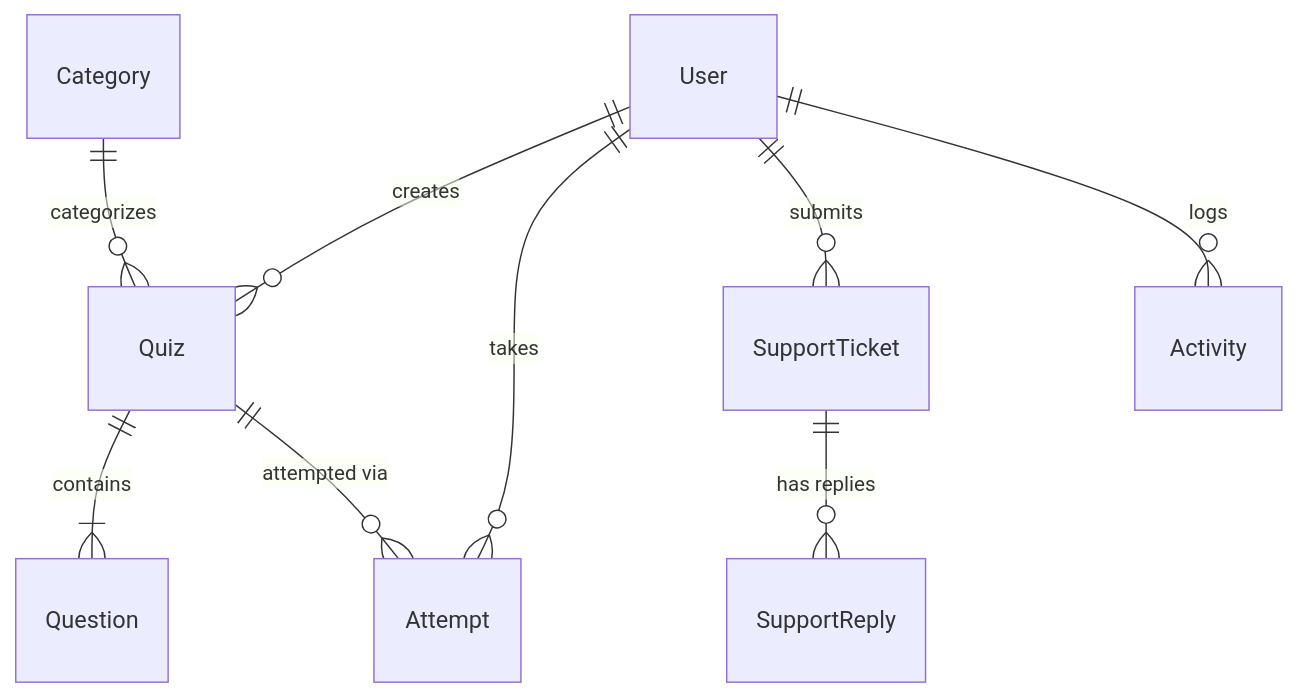
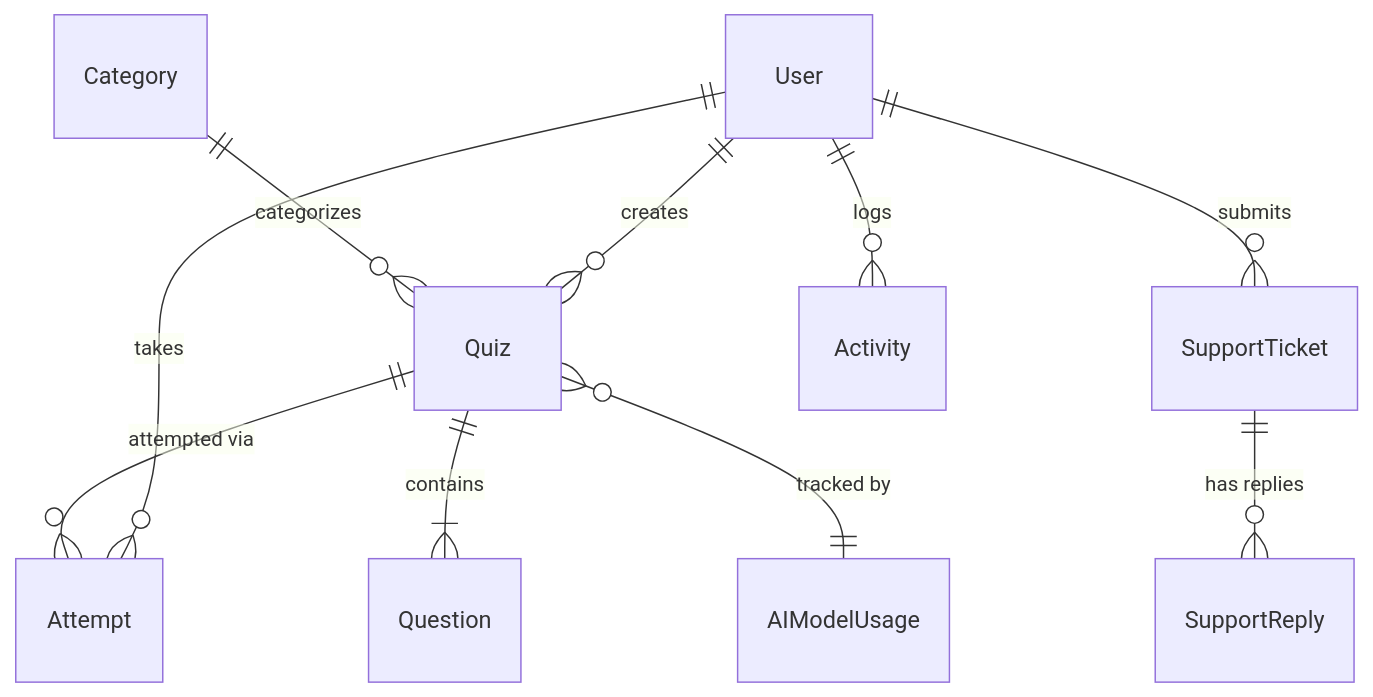
Before and after one commit to ragnarStark79/quizz-app: the diagram in README.md, drawn with Mermaid. The commit also changed other lines of this file, not shown here.

Commit message:
feat: update README with detailed sections on AI quiz generation, daily usage limits, and the enhanced premium dashboard.

````diff
--- a/README.md
+++ b/README.md
@@ -266,11 +318,12 @@
 ```mermaid
 erDiagram
     User ||--o{ Quiz : creates
     User ||--o{ Attempt : takes
     User ||--o{ SupportTicket : submits
     User ||--o{ Activity : logs
     Quiz ||--|{ Question : contains
     Quiz ||--o{ Attempt : "attempted via"
+    Quiz }o--|| AIModelUsage : "tracked by"
     Category ||--o{ Quiz : categorizes
     SupportTicket ||--o{ SupportReply : "has replies"
 ```
````
